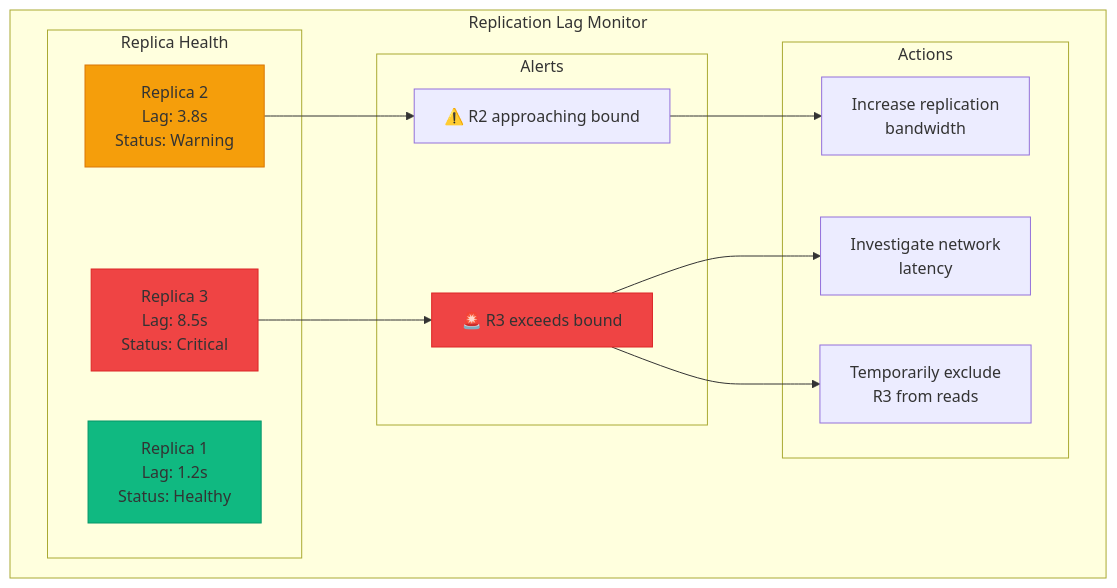
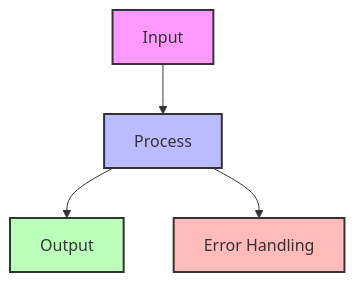
One commit to deepaucksharma/DStudio changed diagram 17 of 30 in docs/pattern-library/data-management/tunable-consistency.md. Above: the diagram before and after it, drawn with Mermaid. The commit also changed other lines of this file and 191 other files, not shown here.

````diff
--- a/docs/pattern-library/data-management/tunable-consistency.md
+++ b/docs/pattern-library/data-management/tunable-consistency.md
@@ -488,33 +527,11 @@
 ```mermaid
-graph TB
-    subgraph "Replication Lag Monitor"
-        subgraph "Replica Health"
-            M1[Replica 1<br/>Lag: 1.2s<br/>Status: Healthy]
-            M2[Replica 2<br/>Lag: 3.8s<br/>Status: Warning]
-            M3[Replica 3<br/>Lag: 8.5s<br/>Status: Critical]
-        end
-        
-        subgraph "Alerts"
-            A1[⚠️ R2 approaching bound]
-            A2[🚨 R3 exceeds bound]
-        end
-        
-        subgraph "Actions"
-            AC1[Increase replication<br/>bandwidth]
-            AC2[Investigate network<br/>latency]
-            AC3[Temporarily exclude<br/>R3 from reads]
-        end
-        
-        M2 --> A1
-        M3 --> A2
-        
-        A1 --> AC1
-        A2 --> AC2
-        A2 --> AC3
-    end
+graph TD
+    A[Input] --> B[Process]
+    B --> C[Output]
+    B --> D[Error Handling]
     
-    style M1 fill:#10b981,stroke:#059669
-    style M2 fill:#f59e0b,stroke:#d97706
-    style M3 fill:#ef4444,stroke:#dc2626
-    style A2 fill:#ef4444,stroke:#dc2626
+    style A fill:#f9f,stroke:#333,stroke-width:2px
+    style B fill:#bbf,stroke:#333,stroke-width:2px
+    style C fill:#bfb,stroke:#333,stroke-width:2px
+    style D fill:#fbb,stroke:#333,stroke-width:2px
 ```
````
